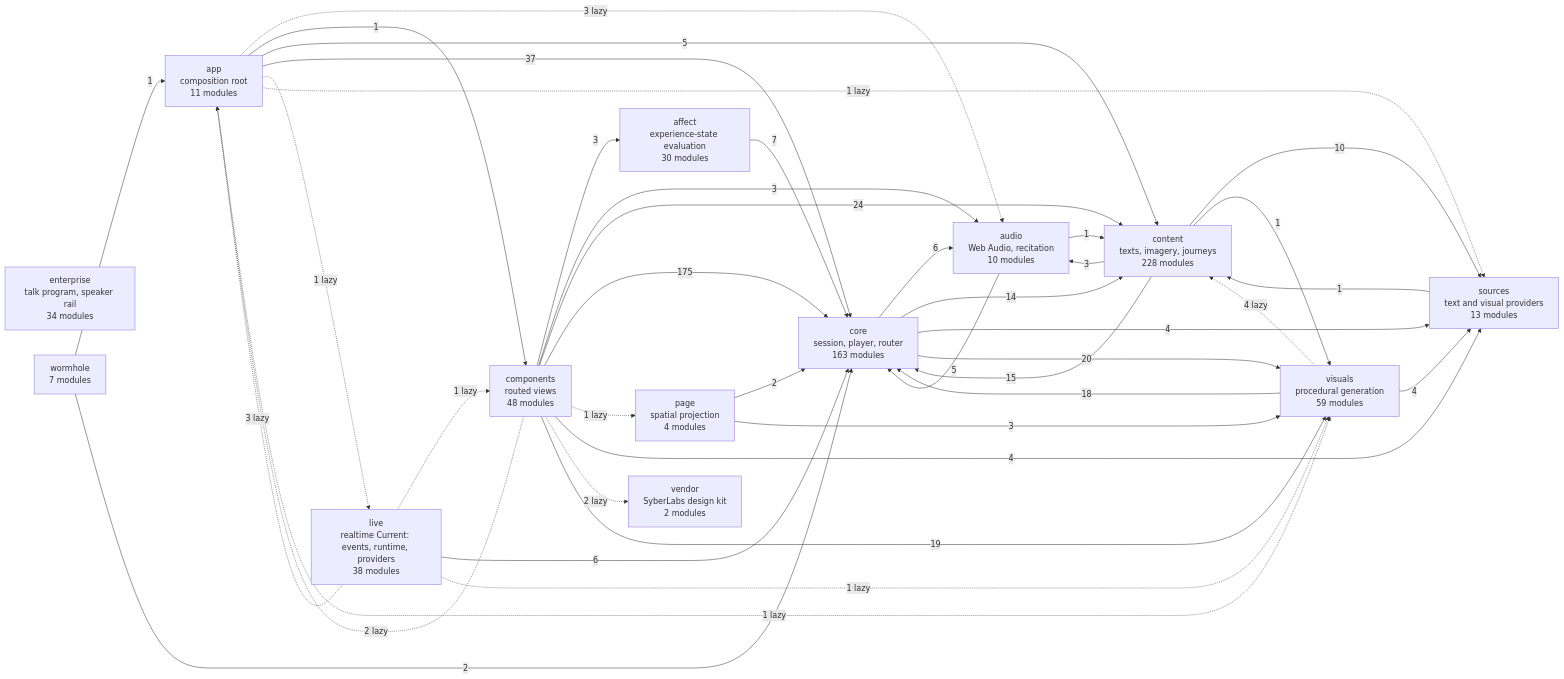
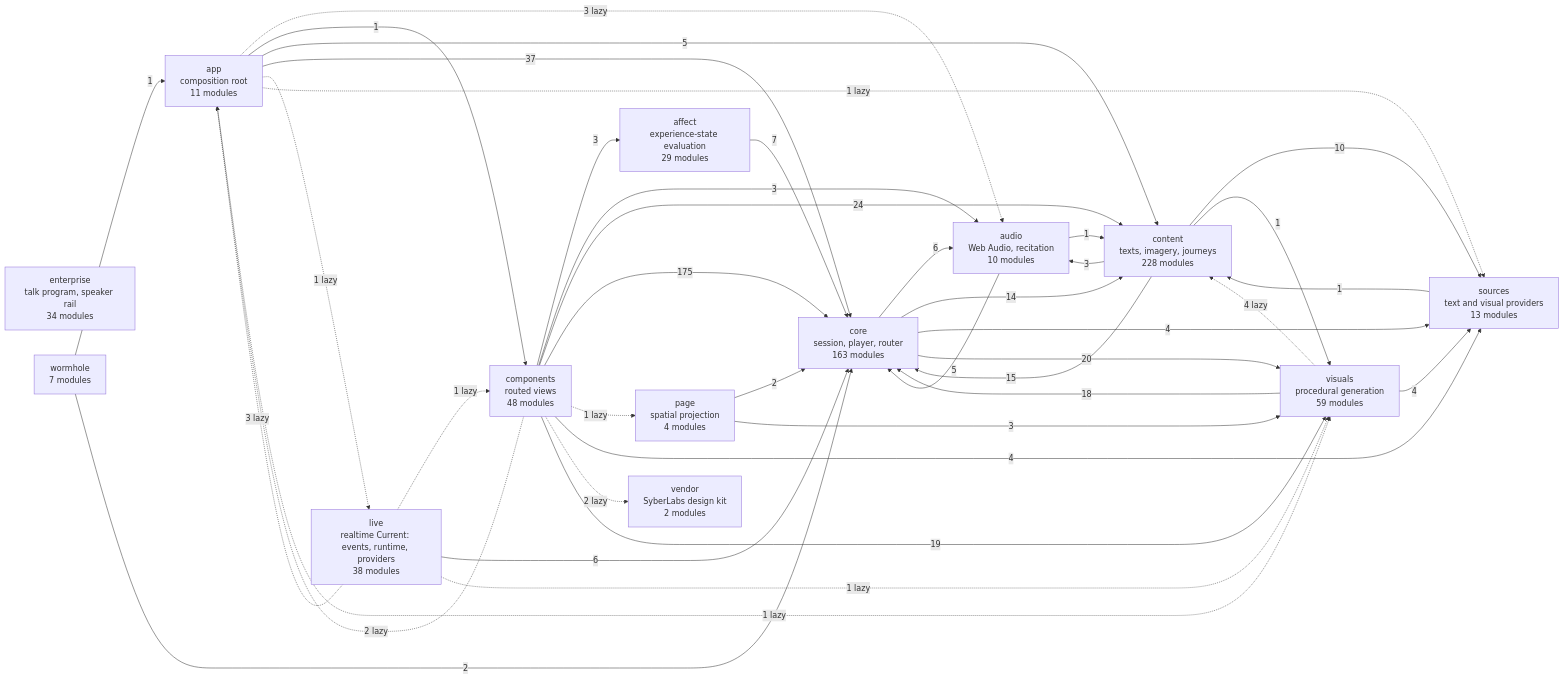
The diagram in docs/specs/ARCHITECTURE.md (SyberLabs/RISE), drawn with Mermaid before and after one commit. The commit also changed 5 other files, not shown here.

````diff
--- a/docs/specs/ARCHITECTURE.md
+++ b/docs/specs/ARCHITECTURE.md
@@ -160,56 +160,56 @@
 ```mermaid
 flowchart LR
-    affect["affect<br/>experience-state evaluation<br/>30 modules"]
+    affect["affect<br/>experience-state evaluation<br/>29 modules"]
     app["app<br/>composition root<br/>11 modules"]
     audio["audio<br/>Web Audio, recitation<br/>10 modules"]
     components["components<br/>routed views<br/>48 modules"]
     content["content<br/>texts, imagery, journeys<br/>228 modules"]
     core["core<br/>session, player, router<br/>163 modules"]
     enterprise["enterprise<br/>talk program, speaker rail<br/>34 modules"]
     live["live<br/>realtime Current: events, runtime, providers<br/>38 modules"]
     page["page<br/>spatial projection<br/>4 modules"]
     sources["sources<br/>text and visual providers<br/>13 modules"]
     vendor["vendor<br/>SyberLabs design kit<br/>2 modules"]
     visuals["visuals<br/>procedural generation<br/>59 modules"]
     wormhole["wormhole<br/>7 modules"]
 
     affect --> |7| core
     app -.-> |3 lazy| audio
     app --> |1| components
     app --> |5| content
     app --> |37| core
     app -.-> |1 lazy| live
     app -.-> |1 lazy| sources
     app -.-> |1 lazy| visuals
     audio --> |1| content
     audio --> |5| core
     components --> |3| affect
     components -.-> |2 lazy| app
     components --> |3| audio
     components --> |24| content
     components --> |175| core
     components -.-> |1 lazy| page
     components --> |4| sources
     components -.-> |2 lazy| vendor
     components --> |19| visuals
     content --> |3| audio
     content --> |15| core
     content --> |10| sources
     content --> |1| visuals
     core --> |6| audio
     core --> |14| content
     core --> |4| sources
     core --> |20| visuals
     live -.-> |3 lazy| app
     live -.-> |1 lazy| components
     live --> |6| core
     live -.-> |1 lazy| visuals
     page --> |2| core
     page --> |3| visuals
     sources --> |1| content
     visuals -.-> |4 lazy| content
     visuals --> |18| core
     visuals --> |4| sources
     wormhole --> |1| app
     wormhole --> |2| core
 ```
````
